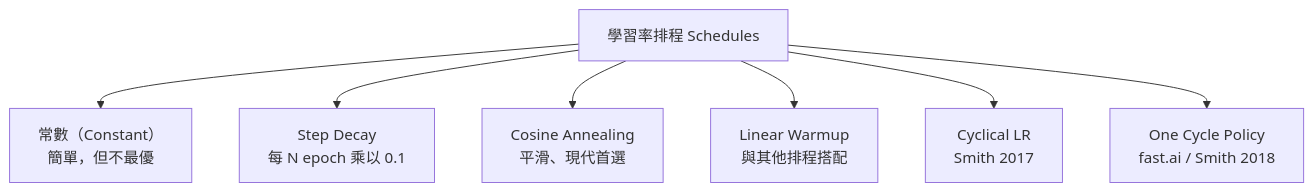
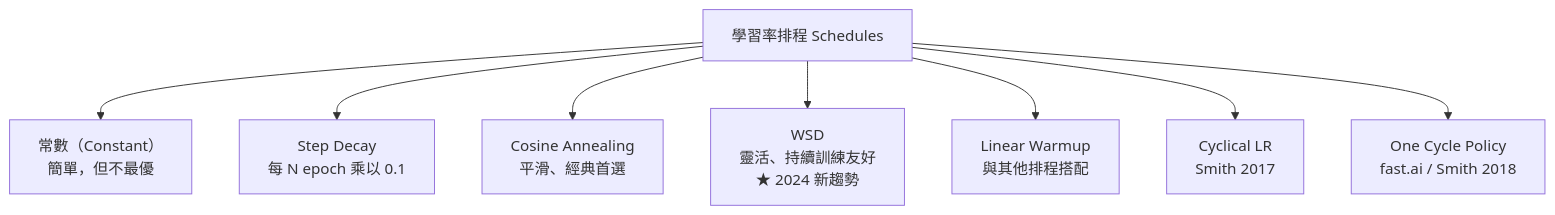
Before and after one commit to xxleanlinxx/Stanford-ML-Specialization-LectureNote: the second of 2 diagrams in lecture_notes/Knowledge Points/KP-01 - 超參數與學習率.md, drawn with Mermaid. The commit also changed other lines of this file and 23 other files, not shown here.

````diff
--- a/lecture_notes/Knowledge Points/KP-01 - 超參數與學習率.md
+++ b/lecture_notes/Knowledge Points/KP-01 - 超參數與學習率.md
@@ -70,9 +109,10 @@
 ```mermaid
 graph TD
     LR["學習率排程 Schedules"] --> CONST["常數（Constant）<br/>簡單，但不最優"]
     LR --> STEP["Step Decay<br/>每 N epoch 乘以 0.1"]
-    LR --> COS["Cosine Annealing<br/>平滑、現代首選"]
+    LR --> COS["Cosine Annealing<br/>平滑、經典首選"]
+    LR --> WSD2["WSD<br/>靈活、持續訓練友好<br/>★ 2024 新趨勢"]
     LR --> LINEAR["Linear Warmup<br/>與其他排程搭配"]
     LR --> CYCLIC["Cyclical LR<br/>Smith 2017"]
     LR --> ONECYCLE["One Cycle Policy<br/>fast.ai / Smith 2018"]
 ```
````
